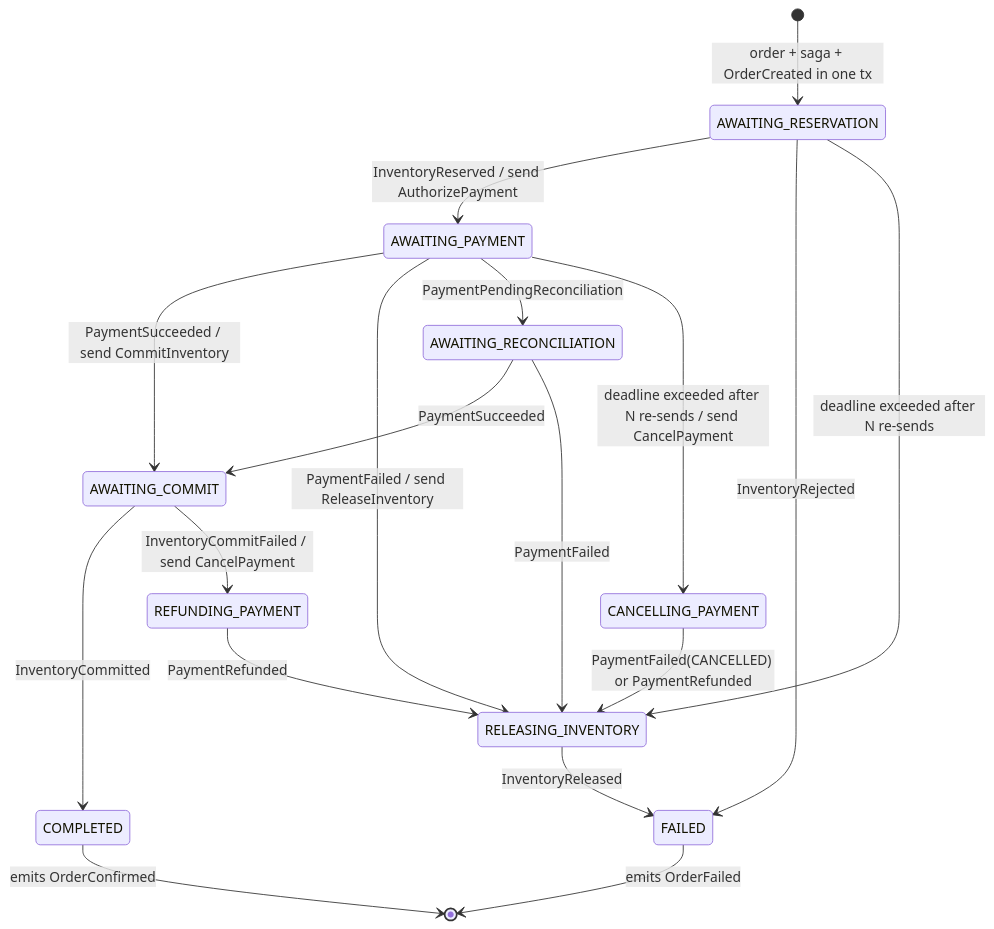
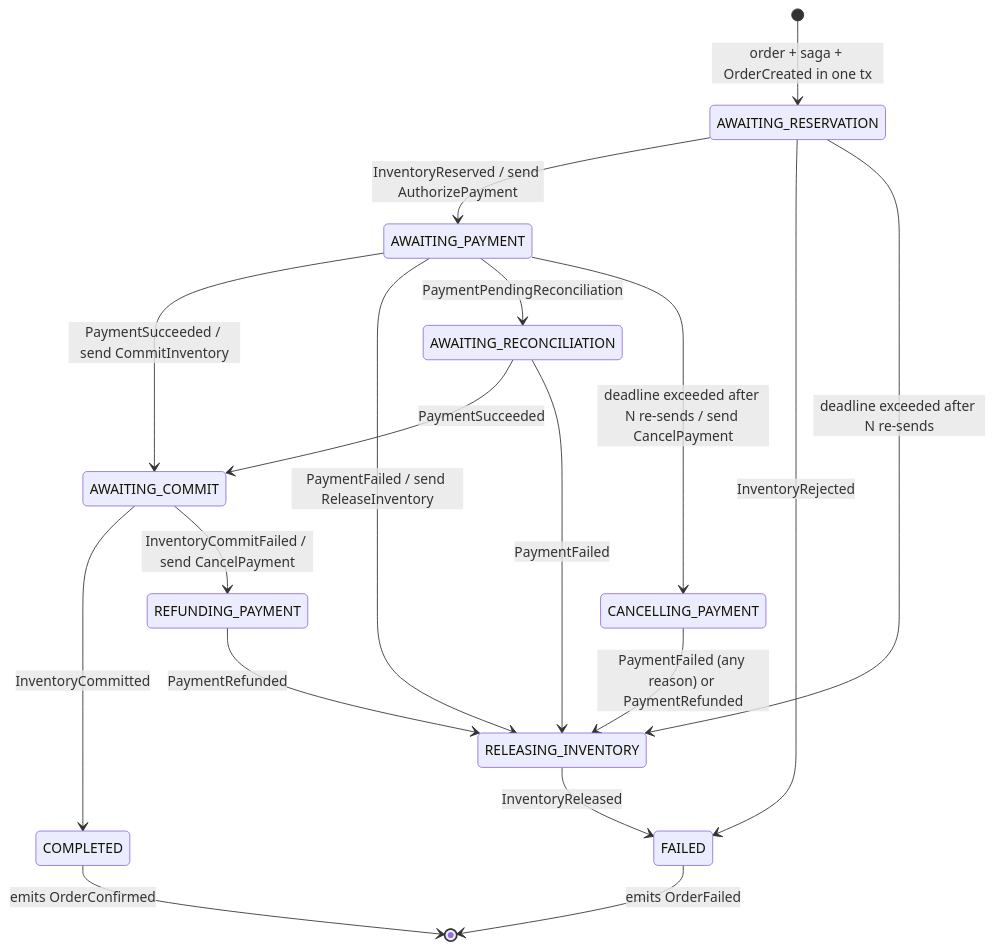
The third of 10 diagrams in docs/architecture/ARCHITECTURE.md (Kartavya1905/commerceflow), drawn with Mermaid before and after one commit. The commit also changed other lines of this file and 55 other files, not shown here.

````diff
--- a/docs/architecture/ARCHITECTURE.md
+++ b/docs/architecture/ARCHITECTURE.md
@@ -264,27 +264,27 @@
 ```mermaid
 stateDiagram-v2
     [*] --> AWAITING_RESERVATION: order + saga + OrderCreated in one tx
     AWAITING_RESERVATION --> AWAITING_PAYMENT: InventoryReserved / send AuthorizePayment
     AWAITING_RESERVATION --> FAILED: InventoryRejected
     AWAITING_RESERVATION --> RELEASING_INVENTORY: deadline exceeded after N re-sends
 
     AWAITING_PAYMENT --> AWAITING_COMMIT: PaymentSucceeded / send CommitInventory
     AWAITING_PAYMENT --> RELEASING_INVENTORY: PaymentFailed / send ReleaseInventory
     AWAITING_PAYMENT --> AWAITING_RECONCILIATION: PaymentPendingReconciliation
     AWAITING_PAYMENT --> CANCELLING_PAYMENT: deadline exceeded after N re-sends / send CancelPayment
 
     AWAITING_RECONCILIATION --> AWAITING_COMMIT: PaymentSucceeded
     AWAITING_RECONCILIATION --> RELEASING_INVENTORY: PaymentFailed
 
-    CANCELLING_PAYMENT --> RELEASING_INVENTORY: PaymentFailed(CANCELLED) or PaymentRefunded
+    CANCELLING_PAYMENT --> RELEASING_INVENTORY: PaymentFailed (any reason) or PaymentRefunded
 
     AWAITING_COMMIT --> COMPLETED: InventoryCommitted
     AWAITING_COMMIT --> REFUNDING_PAYMENT: InventoryCommitFailed / send CancelPayment
 
     REFUNDING_PAYMENT --> RELEASING_INVENTORY: PaymentRefunded
 
     RELEASING_INVENTORY --> FAILED: InventoryReleased
 
     COMPLETED --> [*]: emits OrderConfirmed
     FAILED --> [*]: emits OrderFailed
 ```
````
